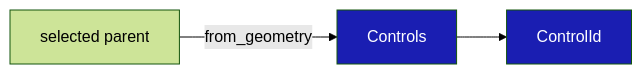
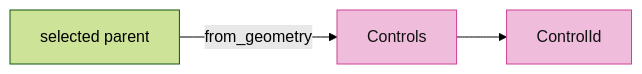
Before and after one commit to petrasvestartas/session: the third of 8 diagrams in session_viewer/docs/13-controls.md, drawn with Mermaid (forest theme). The commit also changed other lines of this file and 23 other files, not shown here.

Commit message:
Course: Mermaid nodes white with black text, highlighted nodes pink, white arrows and edge labels on the black ground

````diff
--- a/session_viewer/docs/13-controls.md
+++ b/session_viewer/docs/13-controls.md
@@ -39,6 +39,6 @@
 ```mermaid
 flowchart LR
     P["selected parent"] -- "from_geometry" --> C["Controls"] --> I["ControlId"]
-    style C fill:#1a1eb2,color:#fff
-    style I fill:#1a1eb2,color:#fff
+    style C fill:#f0bcdb,stroke:#ce4095,color:#111
+    style I fill:#f0bcdb,stroke:#ce4095,color:#111
 ```
````
